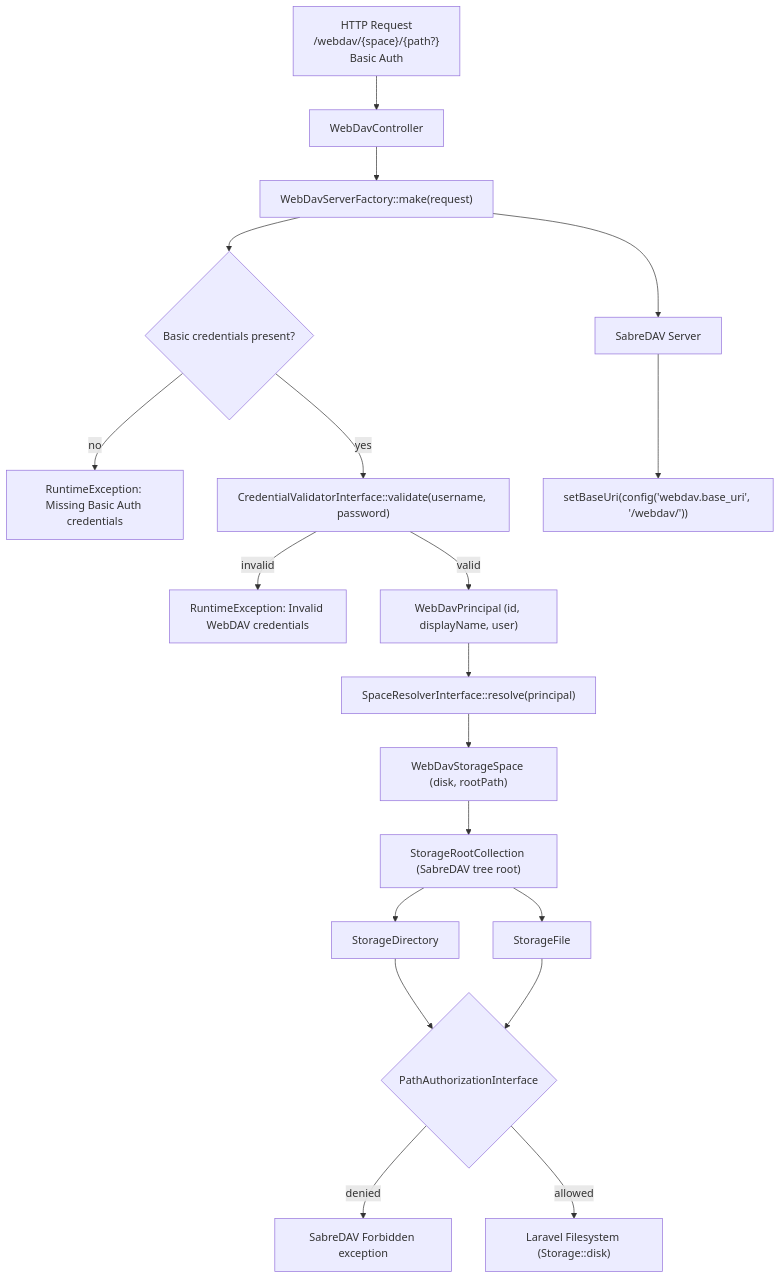
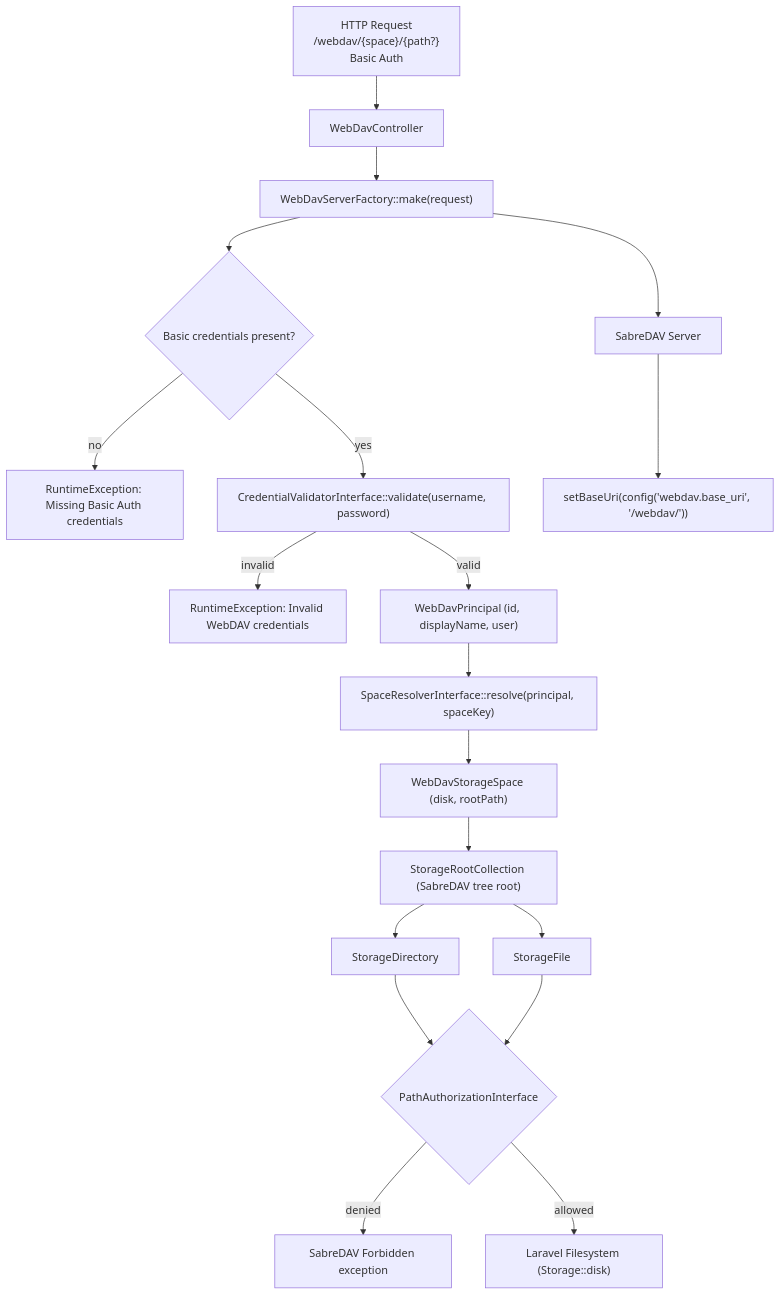
The diagram in docs/architecture.md (N3XT0R/laravel-webdav-server), drawn with Mermaid before and after one commit. The commit also changed other lines of this file and 6 other files, not shown here.

````diff
--- a/docs/architecture.md
+++ b/docs/architecture.md
@@ -5,27 +5,27 @@
 ```mermaid
 flowchart TD
     A["HTTP Request<br/>/webdav/{space}/{path?}<br/>Basic Auth"] --> B["WebDavController"]
     B --> C["WebDavServerFactory::make(request)"]
 
     C --> D{"Basic credentials present?"}
     D -- no --> E["RuntimeException: Missing Basic Auth credentials"]
     D -- yes --> F["CredentialValidatorInterface::validate(username, password)"]
 
     F -- invalid --> G["RuntimeException: Invalid WebDAV credentials"]
     F -- valid --> H["WebDavPrincipal (id, displayName, user)"]
 
-    H --> I["SpaceResolverInterface::resolve(principal)"]
+    H --> I["SpaceResolverInterface::resolve(principal, spaceKey)"]
     I --> J["WebDavStorageSpace (disk, rootPath)"]
 
     J --> K["StorageRootCollection (SabreDAV tree root)"]
     K --> L["StorageDirectory"]
     K --> M["StorageFile"]
 
     L --> N{"PathAuthorizationInterface"}
     M --> N
     N -- denied --> O["SabreDAV Forbidden exception"]
     N -- allowed --> P["Laravel Filesystem (Storage::disk)"]
 
     C --> Q["SabreDAV Server"]
     Q --> R["setBaseUri(config('webdav.base_uri', '/webdav/'))"]
 ```
````
